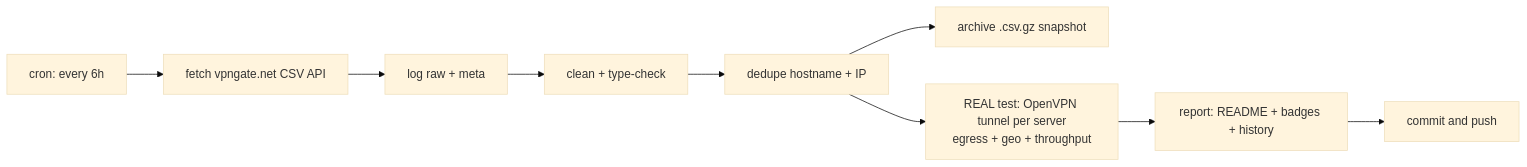
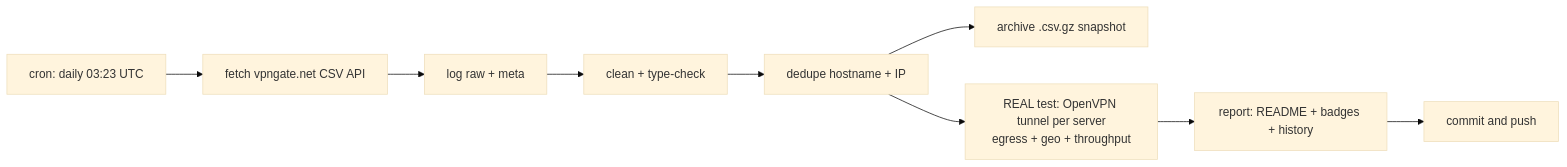
The diagram in README.md (onlyactions/vpngate-monitor), drawn with Mermaid (base theme) before and after one commit. The commit also changed other lines of this file and 11 other files, not shown here.

````diff
--- a/README.md
+++ b/README.md
@@ -146,11 +124,11 @@
 ```mermaid
 flowchart LR
-    C["cron: every 6h"] --> F["fetch vpngate.net CSV API"]
+    C["cron: daily 03:23 UTC"] --> F["fetch vpngate.net CSV API"]
     F --> L["log raw + meta"]
     L --> CL["clean + type-check"]
     CL --> D["dedupe hostname + IP"]
     D --> A["archive .csv.gz snapshot"]
     D --> T["REAL test: OpenVPN tunnel per server<br/>egress + geo + throughput"]
     T --> R["report: README + badges + history"]
     R --> P["commit and push"]
 ```
````
